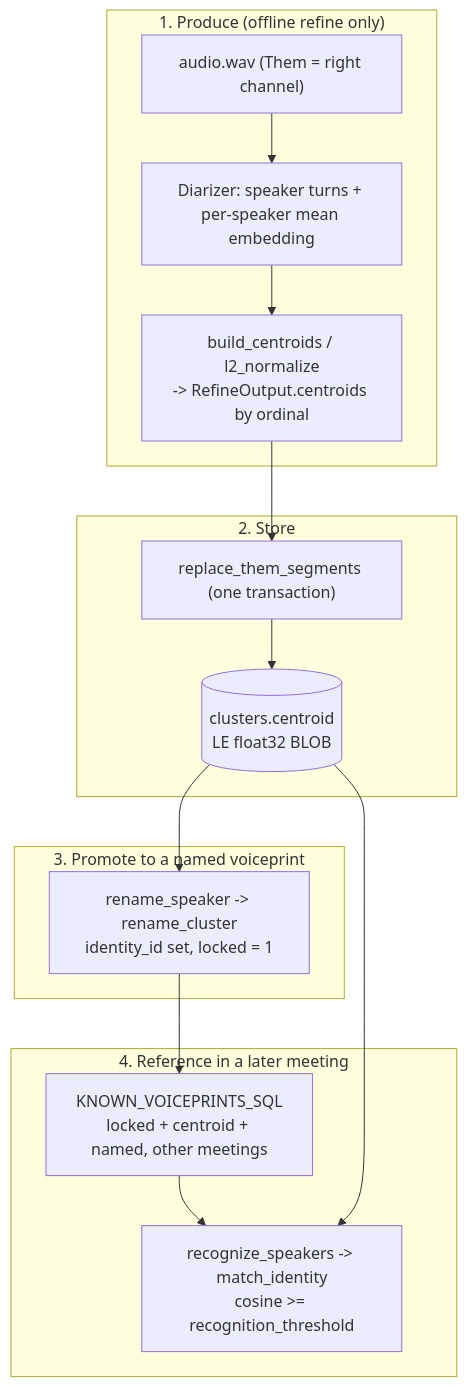
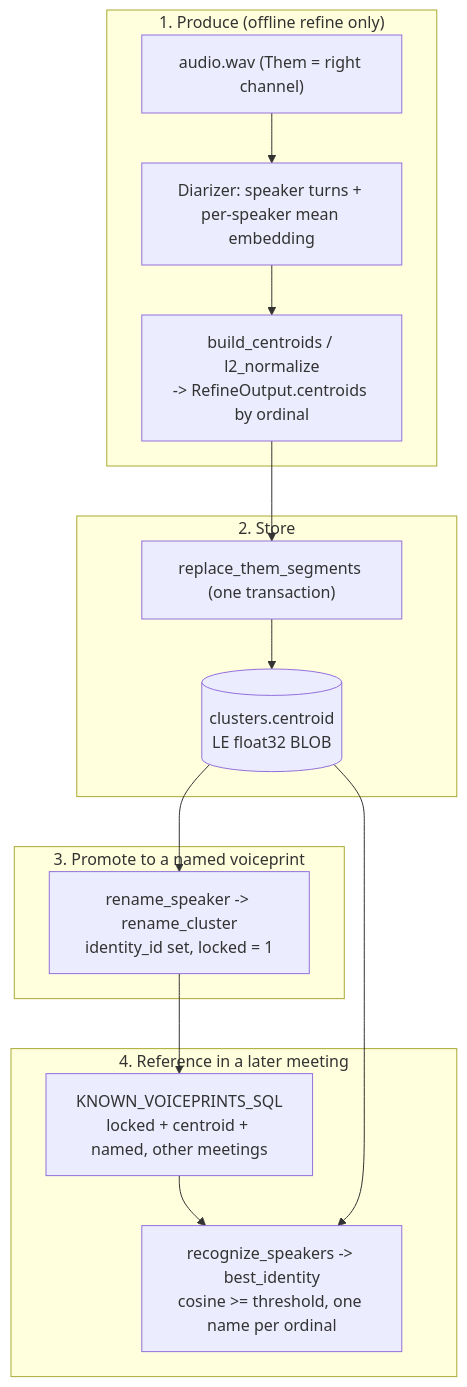
The diagram in docs/voiceprints.md (rwiseman87/hearsay), drawn with Mermaid before and after one commit. The commit also changed other lines of this file and 17 other files, not shown here.

````diff
--- a/docs/voiceprints.md
+++ b/docs/voiceprints.md
@@ -38,26 +38,26 @@
 ```mermaid
 flowchart TB
     subgraph produce["1. Produce (offline refine only)"]
         wav["audio.wav (Them = right channel)"]
         diar["Diarizer: speaker turns + per-speaker mean embedding"]
         norm["build_centroids / l2_normalize<br/>-> RefineOutput.centroids by ordinal"]
         wav --> diar --> norm
     end
     subgraph store["2. Store"]
         rep["replace_them_segments (one transaction)"]
         col[("clusters.centroid<br/>LE float32 BLOB")]
         rep --> col
     end
     subgraph name["3. Promote to a named voiceprint"]
         rename["rename_speaker -> rename_cluster<br/>identity_id set, locked = 1"]
     end
     subgraph use["4. Reference in a later meeting"]
         known["KNOWN_VOICEPRINTS_SQL<br/>locked + centroid + named, other meetings"]
-        match["recognize_speakers -> match_identity<br/>cosine >= recognition_threshold"]
+        match["recognize_speakers -> best_identity<br/>cosine >= threshold, one name per ordinal"]
         known --> match
     end
     norm --> rep
     col --> rename
     rename --> known
     col --> match
 ```
````
